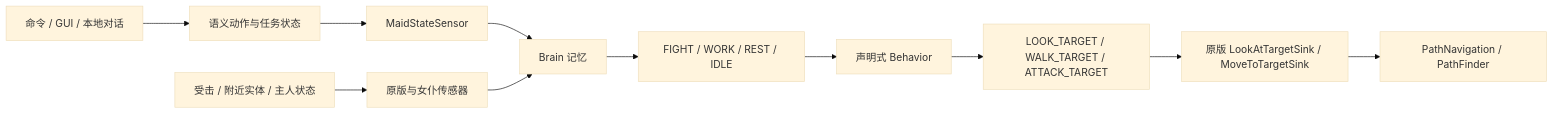
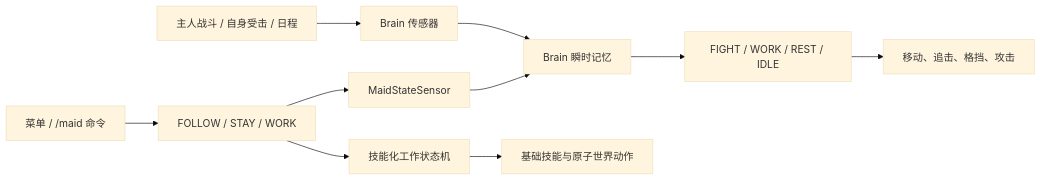
Before and after one commit to ozozorz/ai-partner: the diagram in README.md, drawn with Mermaid (base theme). The commit also changed other lines of this file and 389 other files, not shown here.

````diff
--- a/README.md
+++ b/README.md
@@ -22,13 +22,12 @@
 ```mermaid
 flowchart LR
-    Entry["命令 / GUI / 本地对话"] --> Control["语义动作与任务状态"]
-    Control --> StateSensor["MaidStateSensor"]
-    World["受击 / 附近实体 / 主人状态"] --> ThreatSensor["原版与女仆传感器"]
-    StateSensor --> Memory["Brain 记忆"]
-    ThreatSensor --> Memory
+    Input["菜单 / /maid 命令"] --> Mode["FOLLOW / STAY / WORK"]
+    Mode --> StateSensor["MaidStateSensor"]
+    World["主人战斗 / 自身受击 / 日程"] --> Sensors["Brain 传感器"]
+    StateSensor --> Memory["Brain 瞬时记忆"]
+    Sensors --> Memory
     Memory --> Activity["FIGHT / WORK / REST / IDLE"]
-    Activity --> Behavior["声明式 Behavior"]
-    Behavior --> Intent["LOOK_TARGET / WALK_TARGET / ATTACK_TARGET"]
-    Intent --> Sink["原版 LookAtTargetSink / MoveToTargetSink"]
-    Sink --> Navigation["PathNavigation / PathFinder"]
+    Activity --> Behaviors["移动、追击、格挡、攻击"]
+    Mode --> Work["技能化工作状态机"]
+    Work --> Skills["基础技能与原子世界动作"]
 ```
````
